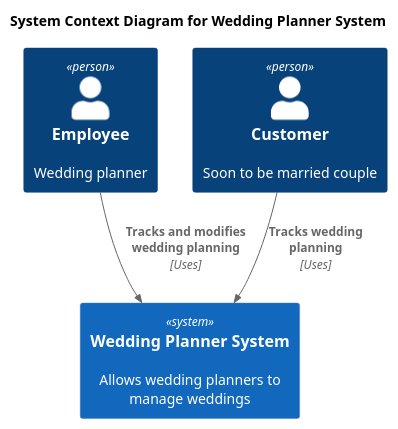
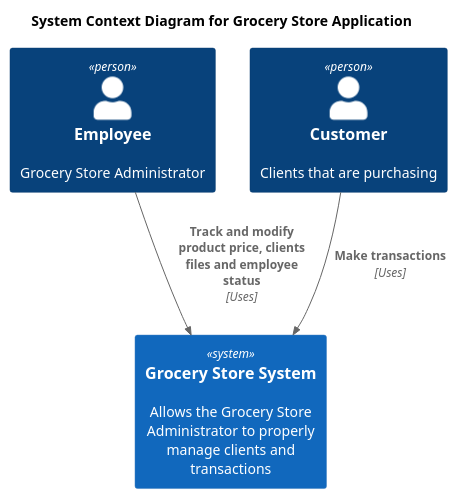
The diagram in Diagrams/C4_L1_Context_Diagram.puml (FelixAllard/GroceryStoreSPRINGMicroServices), drawn with PlantUML before and after one commit. The commit also changed 5 other files, not shown here.

Commit message:
Ok, Working on the diagrams, test working, but need to make the database work !

```diff
--- a/Diagrams/C4_L1_Context_Diagram.puml
+++ b/Diagrams/C4_L1_Context_Diagram.puml
@@ -1,13 +1,13 @@
 @startuml
 !includeurl https://raw.githubusercontent.com/RicardoNiepel/C4-PlantUML/master/C4_Context.puml
 
-title System Context Diagram for Wedding Planner System
-Person(employee, "Employee", "Wedding planner")
-Person(customer, "Customer", "Soon to be married couple")
-System(weddingplanner, "Wedding Planner System", "Allows wedding planners to manage weddings")
+title System Context Diagram for Grocery Store Application
+Person(employee, "Employee", "Grocery Store Administrator")
+Person(customer, "Customer", "Clients that are purchasing")
+System(grocerystoreapp, "Grocery Store System", "Allows the Grocery Store Administrator to properly manage clients and transactions")
 
-Rel(employee, weddingplanner, "Tracks and modifies wedding planning", "Uses")
-Rel(customer, weddingplanner, "Tracks wedding planning", "Uses")
+Rel(employee, grocerystoreapp, "Track and modify product price, clients files and employee status", "Uses")
+Rel(customer, grocerystoreapp, "Make transactions", "Uses")
 
 'SHOW_LEGEND()
 @enduml
```
